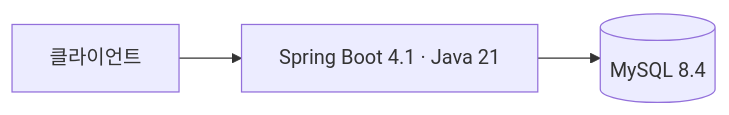
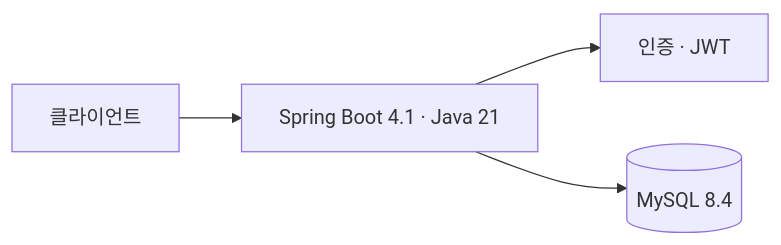
The diagram in README.md (2026Ganzi-Thon/2026_GANZITHON_TEAM_07_BE), drawn with Mermaid before and after one commit. The commit also changed other lines of this file and 49 other files, not shown here.

````diff
--- a/README.md
+++ b/README.md
@@ -42,5 +42,6 @@
 ```mermaid
 flowchart LR
     Client[클라이언트] --> Backend[Spring Boot 4.1 · Java 21]
+    Backend --> Auth[인증 · JWT]
     Backend --> DB[(MySQL 8.4)]
 ```
````
